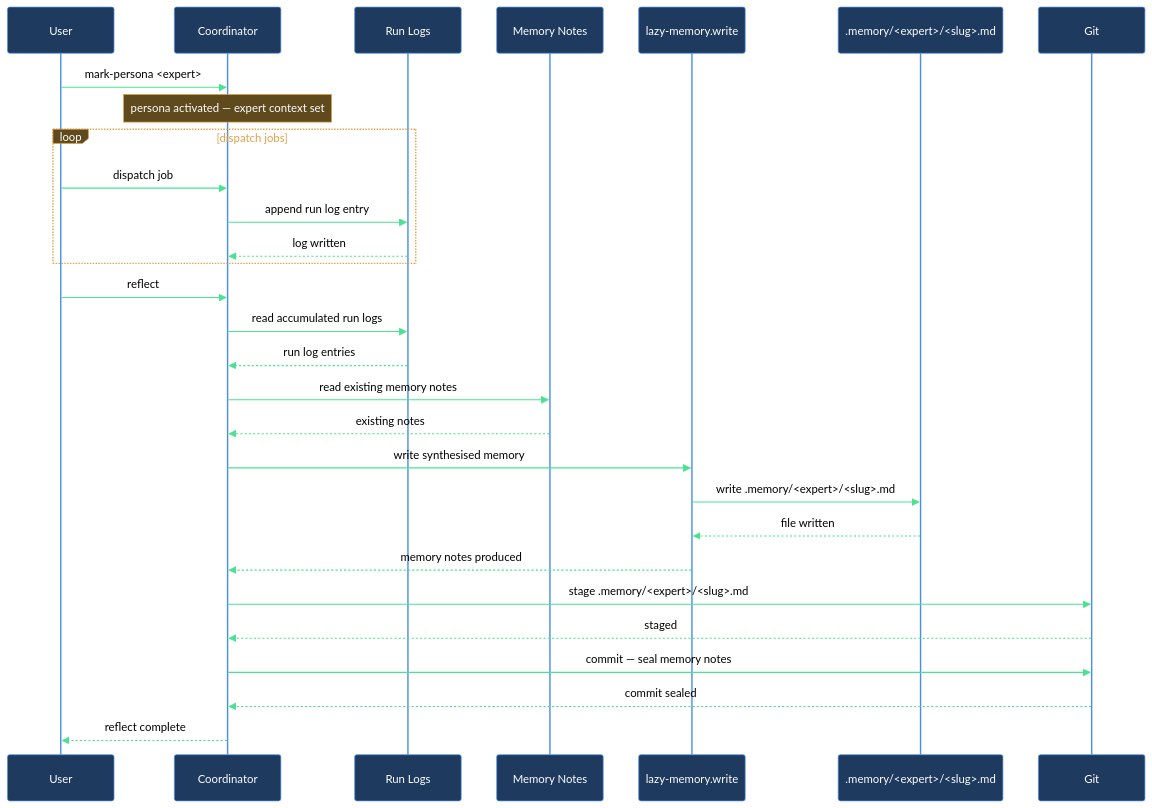
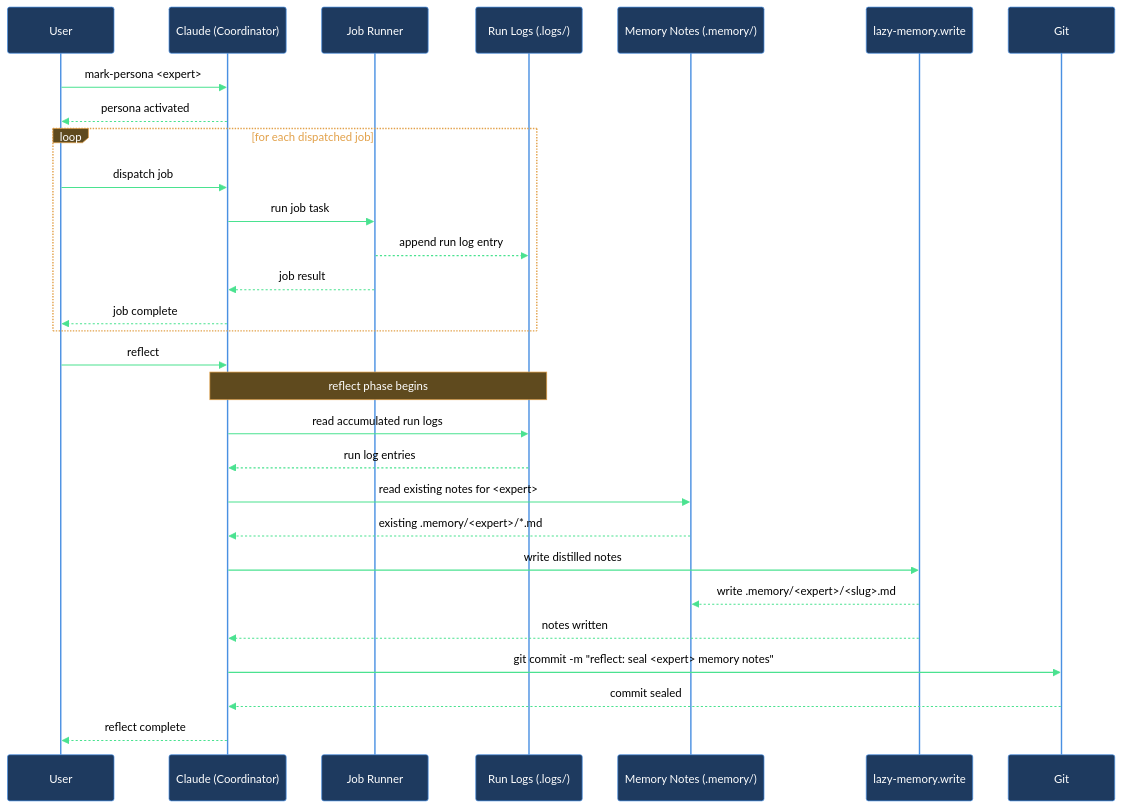
The diagram in claude/lazycortex-core/help/walkthroughs/add-memory-to-expert.md (mebius-san/lazy-cortex), drawn with Mermaid before and after one commit. The commit also changed other lines of this file and 45 other files, not shown here.

````diff
--- a/claude/lazycortex-core/help/walkthroughs/add-memory-to-expert.md
+++ b/claude/lazycortex-core/help/walkthroughs/add-memory-to-expert.md
@@ -164,35 +167,35 @@
 ```mermaid
 %%{init: {'themeVariables':{'background':'transparent','primaryColor':'#1e3a5f','primaryBorderColor':'#4a90e2','primaryTextColor':'#fff','lineColor':'#4ae290','actorBkg':'#1e3a5f','actorBorder':'#4a90e2','actorTextColor':'#fff','actorLineColor':'#4a90e2','signalColor':'#4ae290','signalTextColor':'#000','noteBkgColor':'#5f4a1e','noteBorderColor':'#e2a14a','noteTextColor':'#fff','labelBoxBkgColor':'#5f4a1e','labelBoxBorderColor':'#e2a14a','labelTextColor':'#fff','loopTextColor':'#e2a14a'},'sequence':{'diagramPadding':5,'useMaxWidth':true}}}%%
 sequenceDiagram
   participant user as User
-  participant coordinator as Coordinator
-  participant runLogs as Run Logs
-  participant memoryNotes as Memory Notes
+  participant claude as Claude (Coordinator)
+  participant jobRunner as Job Runner
+  participant runLogs as Run Logs (.logs/)
+  participant memoryNotes as Memory Notes (.memory/)
   participant lazyMemory as lazy-memory.write
-  participant memoryFiles as .memory/<expert>/<slug>.md
   participant git as Git
 
-  user->>coordinator: mark-persona <expert>
-  Note over coordinator: persona activated — expert context set
+  user->>claude: mark-persona <expert>
+  claude-->>user: persona activated
 
-  loop dispatch jobs
-    user->>coordinator: dispatch job
-    coordinator->>runLogs: append run log entry
-    runLogs-->>coordinator: log written
+  loop for each dispatched job
+    user->>claude: dispatch job
+    claude->>jobRunner: run job task
+    jobRunner-->>runLogs: append run log entry
+    jobRunner-->>claude: job result
+    claude-->>user: job complete
   end
 
-  user->>coordinator: reflect
-  coordinator->>runLogs: read accumulated run logs
-  runLogs-->>coordinator: run log entries
-  coordinator->>memoryNotes: read existing memory notes
-  memoryNotes-->>coordinator: existing notes
-  coordinator->>lazyMemory: write synthesised memory
-  lazyMemory->>memoryFiles: write .memory/<expert>/<slug>.md
-  memoryFiles-->>lazyMemory: file written
-  lazyMemory-->>coordinator: memory notes produced
-  coordinator->>git: stage .memory/<expert>/<slug>.md
-  git-->>coordinator: staged
-  coordinator->>git: commit — seal memory notes
-  git-->>coordinator: commit sealed
-  coordinator-->>user: reflect complete
+  user->>claude: reflect
+  Note over claude,runLogs: reflect phase begins
+  claude->>runLogs: read accumulated run logs
+  runLogs-->>claude: run log entries
+  claude->>memoryNotes: read existing notes for <expert>
+  memoryNotes-->>claude: existing .memory/<expert>/*.md
+  claude->>lazyMemory: write distilled notes
+  lazyMemory-->>memoryNotes: write .memory/<expert>/<slug>.md
+  lazyMemory-->>claude: notes written
+  claude->>git: git commit -m "reflect: seal <expert> memory notes"
+  git-->>claude: commit sealed
+  claude-->>user: reflect complete
 ```
````
